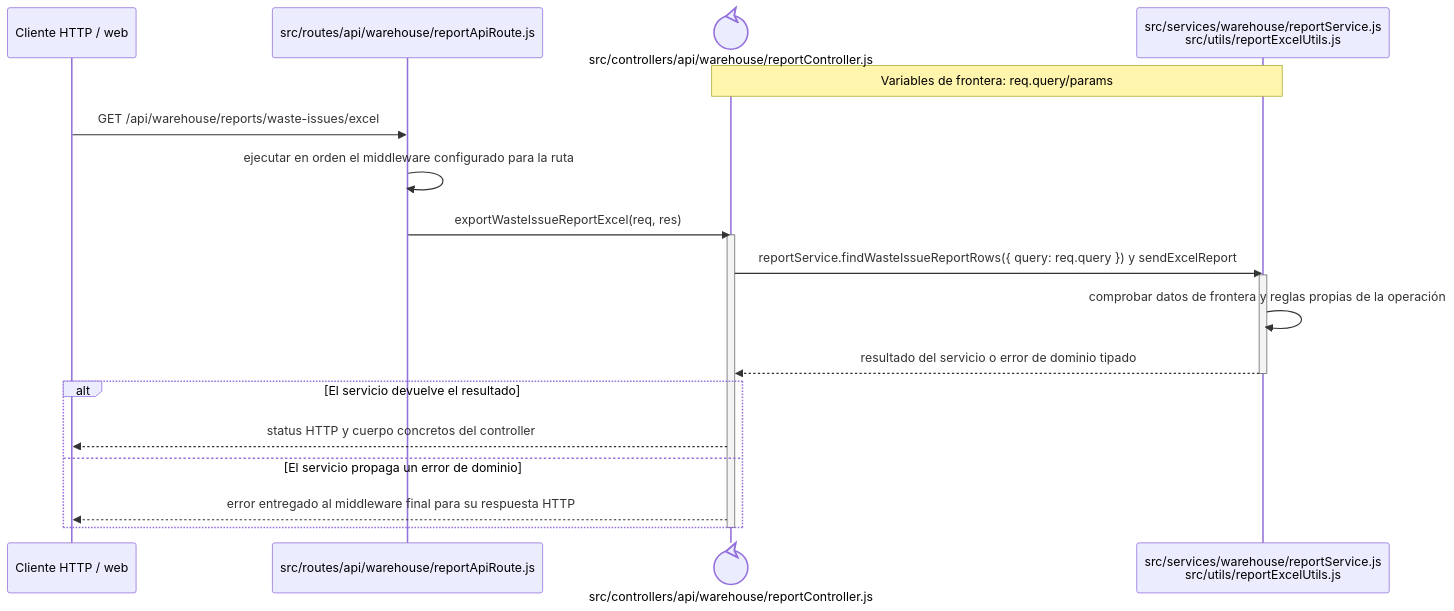
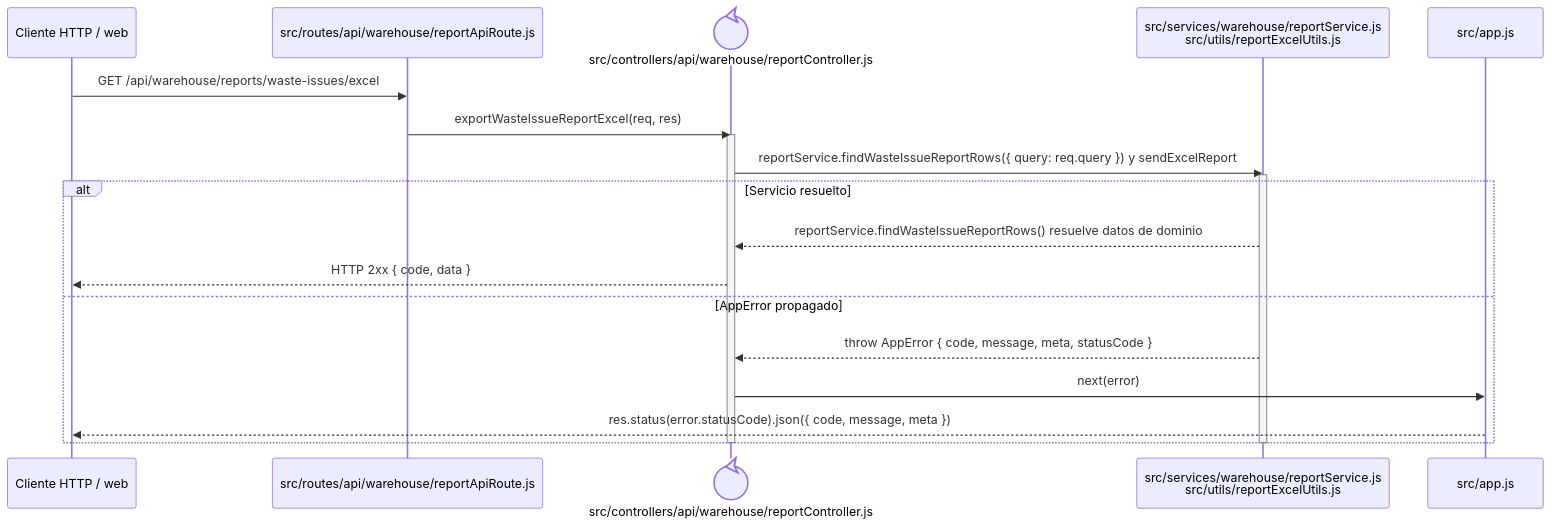
The diagram in docs/architecture/backend-code-sequences/issues/cu-sal-14.md (gpgsistemas01/nexus), drawn with Mermaid before and after one commit. The commit also changed 148 other files, not shown here.

````diff
--- a/docs/architecture/backend-code-sequences/issues/cu-sal-14.md
+++ b/docs/architecture/backend-code-sequences/issues/cu-sal-14.md
@@ -6,24 +6,24 @@
 ```mermaid
 sequenceDiagram
     participant Client as Cliente HTTP / web
     participant Route as src/routes/api/warehouse/reportApiRoute.js
     participant Controller@{ "type": "control" } as src/controllers/api/warehouse/reportController.js
     participant Domain as src/services/warehouse/reportService.js<br/>src/utils/reportExcelUtils.js
-    Note over Controller,Domain: Variables de frontera: req.query/params
+    participant ErrorHandler as src/app.js
 
     Client->>Route: GET /api/warehouse/reports/waste-issues/excel
-    Route->>Route: ejecutar en orden el middleware configurado para la ruta
     Route->>Controller: exportWasteIssueReportExcel(req, res)
     activate Controller
     Controller->>Domain: reportService.findWasteIssueReportRows({ query: req.query }) y sendExcelReport
     activate Domain
-    Domain->>Domain: comprobar datos de frontera y reglas propias de la operación
-    Domain-->>Controller: resultado del servicio o error de dominio tipado
+    alt Servicio resuelto
+        Domain-->>Controller: reportService.findWasteIssueReportRows() resuelve datos de dominio
+        Controller-->>Client: HTTP 2xx { code, data }
+    else AppError propagado
+        Domain-->>Controller: throw AppError { code, message, meta, statusCode }
+        Controller->>ErrorHandler: next(error)
+        ErrorHandler-->>Client: res.status(error.statusCode).json({ code, message, meta })
+    end
     deactivate Domain
-    alt El servicio devuelve el resultado
-        Controller-->>Client: status HTTP y cuerpo concretos del controller
-    else El servicio propaga un error de dominio
-        Controller-->>Client: error entregado al middleware final para su respuesta HTTP
-    end
     deactivate Controller
 ```
````
